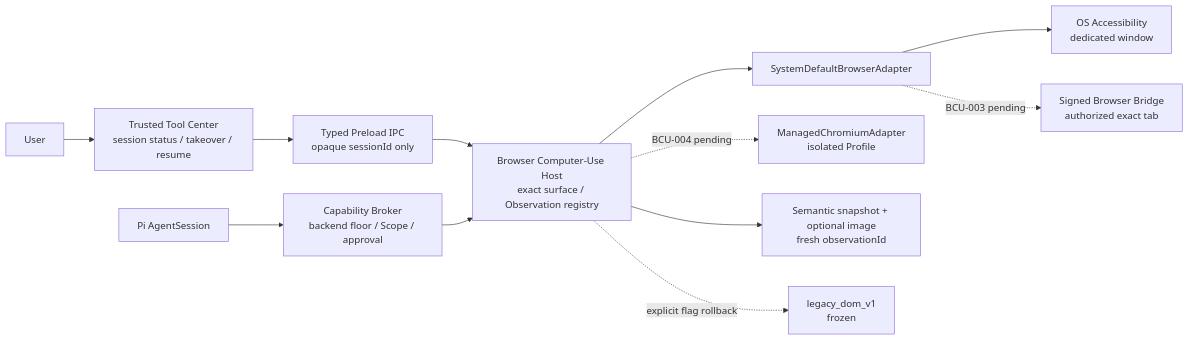
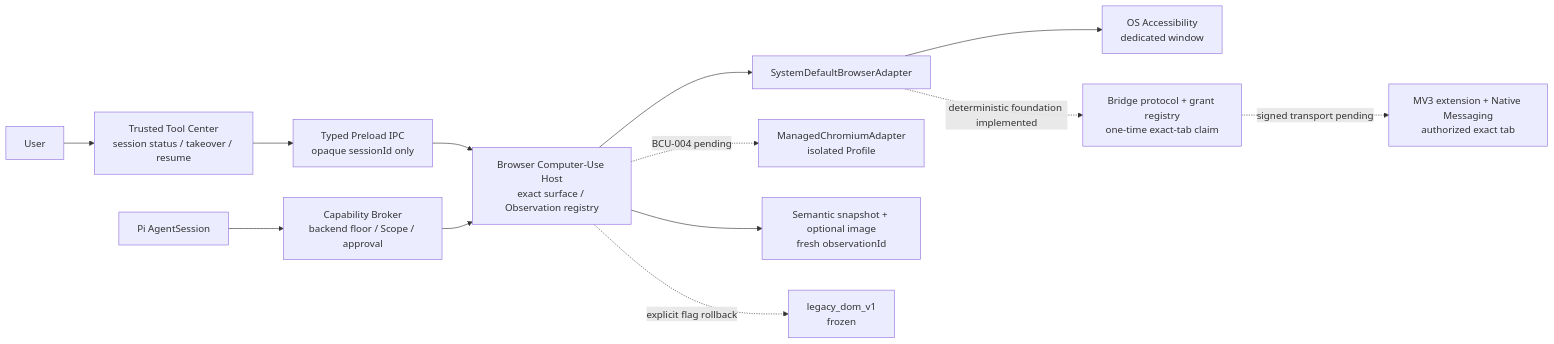
One commit to openerserver/openerx changed the seventh of 13 diagrams in docs/v2/14-overall-architecture.md. Above: the diagram before and after it, drawn with Mermaid. The commit also changed other lines of this file and 18 other files, not shown here.

First line of the commit message:
feat(desktop): add browser bridge security foundation

````diff
--- a/docs/v2/14-overall-architecture.md
+++ b/docs/v2/14-overall-architecture.md
@@ -308,14 +308,15 @@
 ```mermaid
 flowchart LR
   USER[User] --> UI[Trusted Tool Center<br/>session status / takeover / resume]
   UI --> PRELOAD[Typed Preload IPC<br/>opaque sessionId only]
   PRELOAD --> HOST
   PI[Pi AgentSession] --> BROKER[Capability Broker<br/>backend floor / Scope / approval]
   BROKER --> HOST[Browser Computer-Use Host<br/>exact surface / Observation registry]
   HOST --> SYSTEM[SystemDefaultBrowserAdapter]
   SYSTEM --> AX[OS Accessibility<br/>dedicated window]
-  SYSTEM -. BCU-003 pending .-> BRIDGE[Signed Browser Bridge<br/>authorized exact tab]
+  SYSTEM -. deterministic foundation implemented .-> BRIDGECORE[Bridge protocol + grant registry<br/>one-time exact-tab claim]
+  BRIDGECORE -. signed transport pending .-> BRIDGE[MV3 extension + Native Messaging<br/>authorized exact tab]
   HOST -. BCU-004 pending .-> MANAGED[ManagedChromiumAdapter<br/>isolated Profile]
   HOST --> OBS[Semantic snapshot + optional image<br/>fresh observationId]
   HOST -. explicit flag rollback .-> LEGACY[legacy_dom_v1<br/>frozen]
 ```
````
